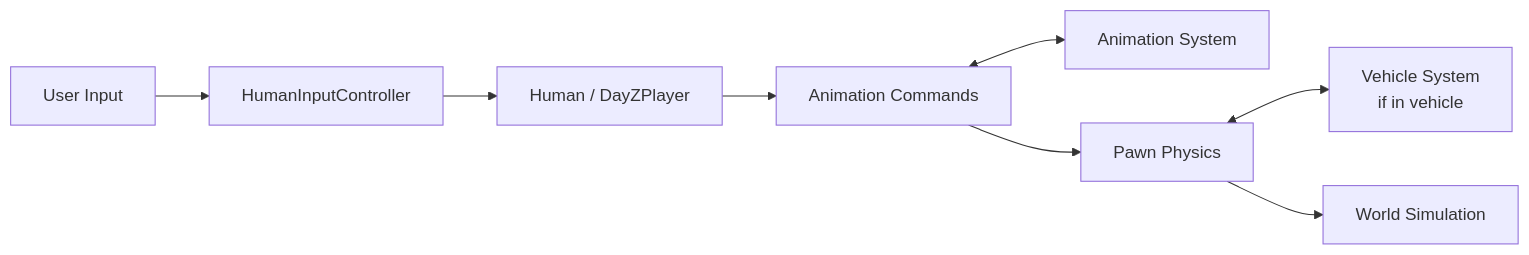
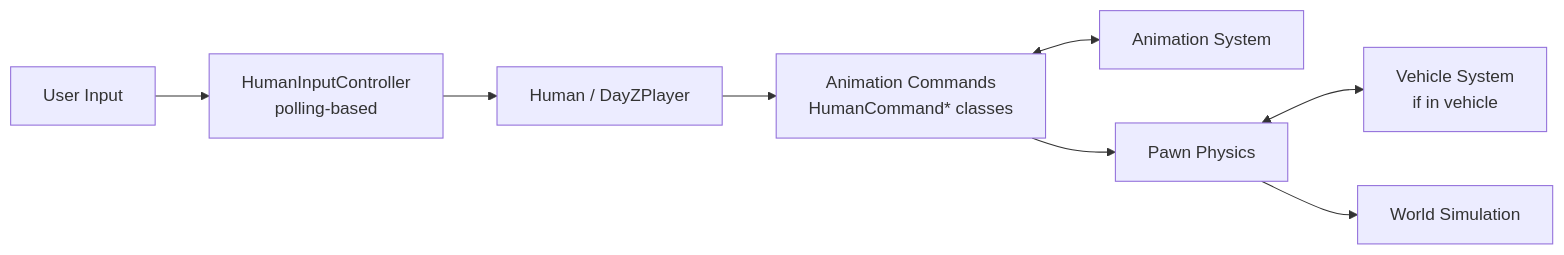
The second of 2 diagrams in docs/game-systems/player-system.md (rogersau/DayZ-Scripts-Wiki), drawn with Mermaid before and after one commit. The commit also changed other lines of this file and 48 other files, not shown here.

````diff
--- a/docs/game-systems/player-system.md
+++ b/docs/game-systems/player-system.md
@@ -248,10 +346,10 @@
 ```mermaid
 flowchart LR
-    UI[User Input] --> HIC[HumanInputController]
+    UI[User Input] --> HIC[HumanInputController<br/>polling-based]
     HIC --> Human[Human / DayZPlayer]
-    Human --> AC[Animation Commands]
+    Human --> AC[Animation Commands<br/>HumanCommand* classes]
     AC <--> AnimSys[Animation System]
     AC --> Pawn[Pawn Physics]
     Pawn <--> VehicleSys[Vehicle System<br/>if in vehicle]
     Pawn --> World[World Simulation]
 ```
````
